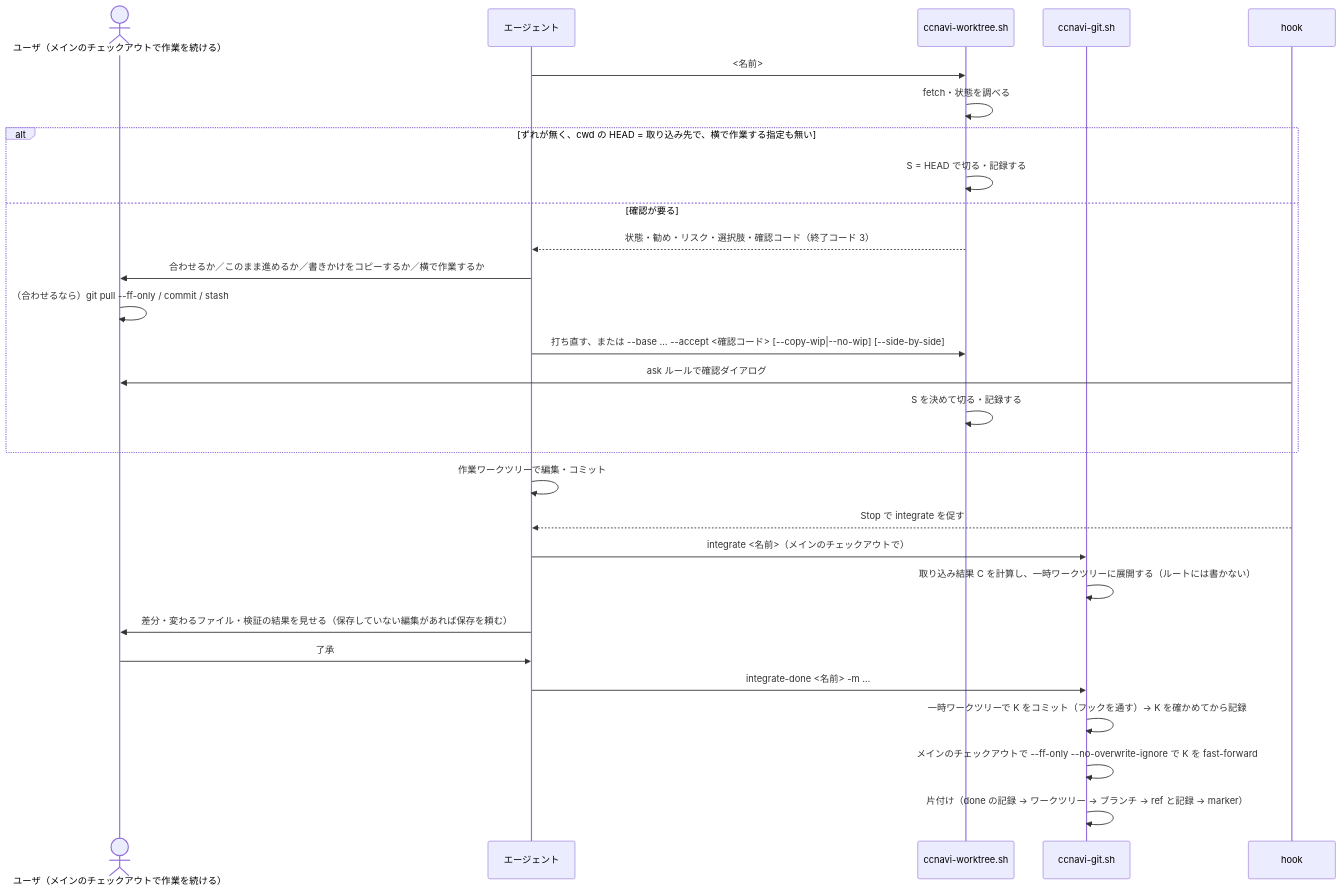
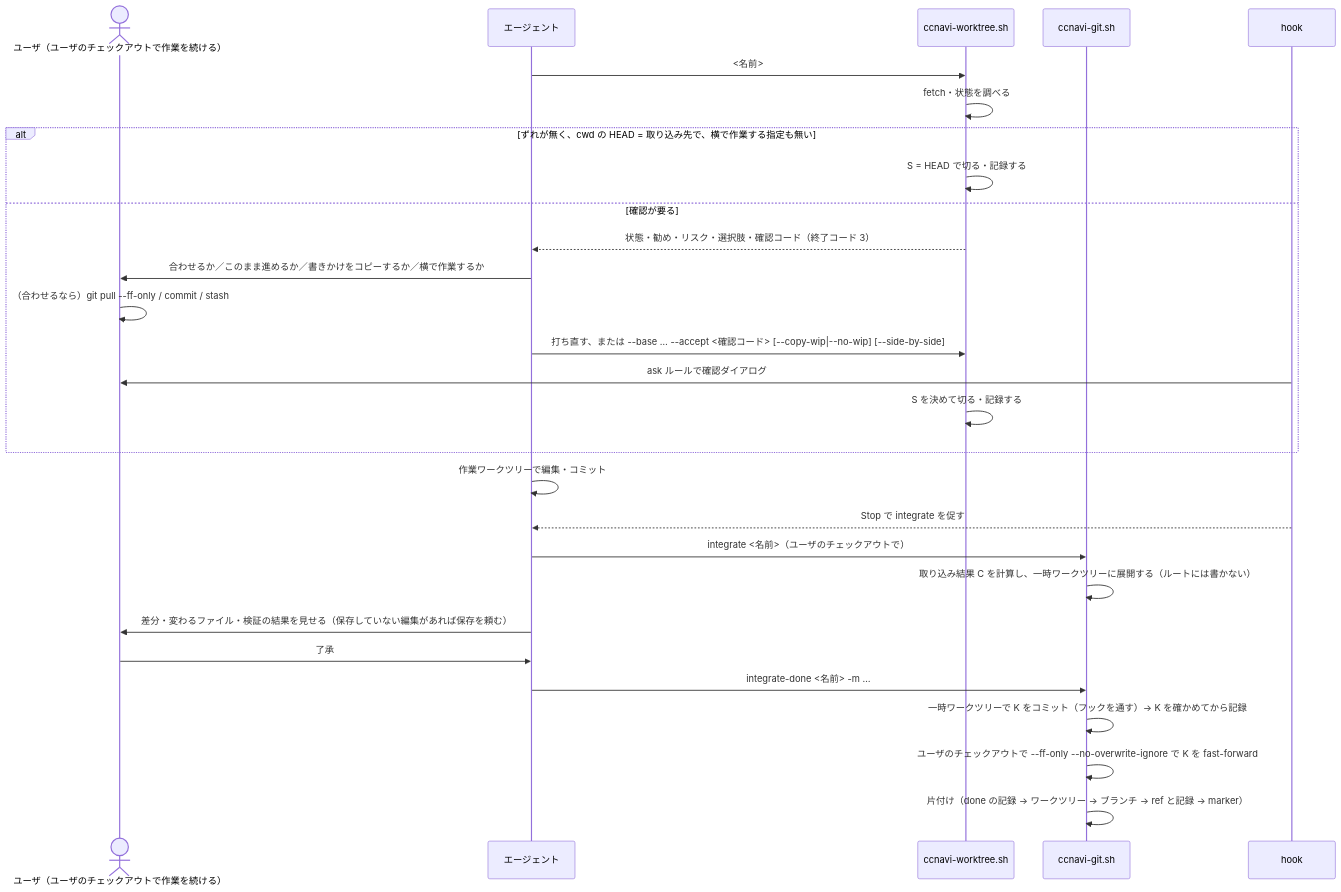
One commit to yuki-matsu783/ccnavi changed the diagram in .ccnavi/docs/direct-flow.md. Above: the diagram before and after it, drawn with Mermaid. The commit also changed other lines of this file and 43 other files, not shown here.

````diff
--- a/.ccnavi/docs/direct-flow.md
+++ b/.ccnavi/docs/direct-flow.md
@@ -53,30 +53,30 @@
 ```mermaid
 sequenceDiagram
-  actor U as ユーザ（メインのチェックアウトで作業を続ける）
+  actor U as ユーザ（ユーザのチェックアウトで作業を続ける）
   participant A as エージェント
   participant W as ccnavi-worktree.sh
   participant G as ccnavi-git.sh
   participant H as hook
   A->>W: <名前>
   W->>W: fetch・状態を調べる
   alt ずれが無く、cwd の HEAD = 取り込み先で、横で作業する指定も無い
     W->>W: S = HEAD で切る・記録する
   else 確認が要る
     W-->>A: 状態・勧め・リスク・選択肢・確認コード（終了コード 3）
     A->>U: 合わせるか／このまま進めるか／書きかけをコピーするか／横で作業するか
     U->>U: （合わせるなら）git pull --ff-only / commit / stash
     A->>W: 打ち直す、または --base … --accept <確認コード> [--copy-wip|--no-wip] [--side-by-side]
     H->>U: ask ルールで確認ダイアログ
     W->>W: S を決めて切る・記録する
   end
   A->>A: 作業ワークツリーで編集・コミット
   H-->>A: Stop で integrate を促す
-  A->>G: integrate <名前>（メインのチェックアウトで）
+  A->>G: integrate <名前>（ユーザのチェックアウトで）
   G->>G: 取り込み結果 C を計算し、一時ワークツリーに展開する（ルートには書かない）
   A->>U: 差分・変わるファイル・検証の結果を見せる（保存していない編集があれば保存を頼む）
   U->>A: 了承
   A->>G: integrate-done <名前> -m …
   G->>G: 一時ワークツリーで K をコミット（フックを通す）→ K を確かめてから記録
-  G->>G: メインのチェックアウトで --ff-only --no-overwrite-ignore で K を fast-forward
+  G->>G: ユーザのチェックアウトで --ff-only --no-overwrite-ignore で K を fast-forward
   G->>G: 片付け（done の記録 → ワークツリー → ブランチ → ref と記録 → marker）
 ```
````
